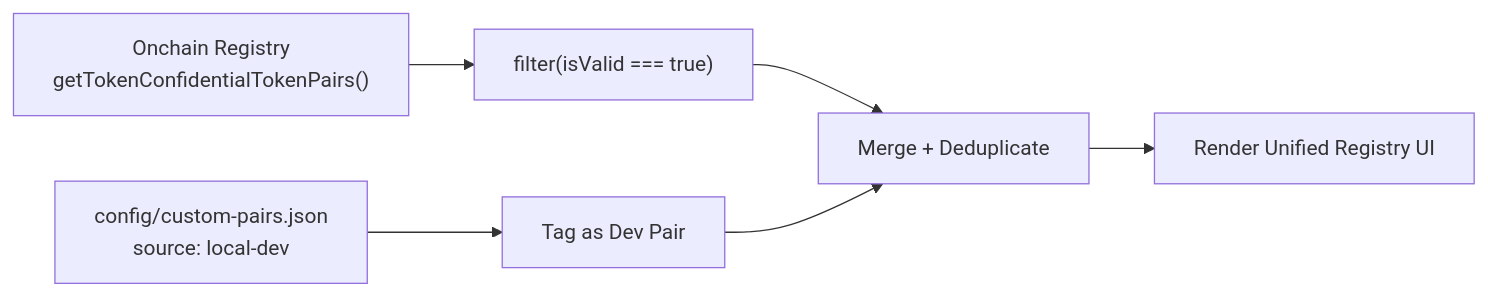
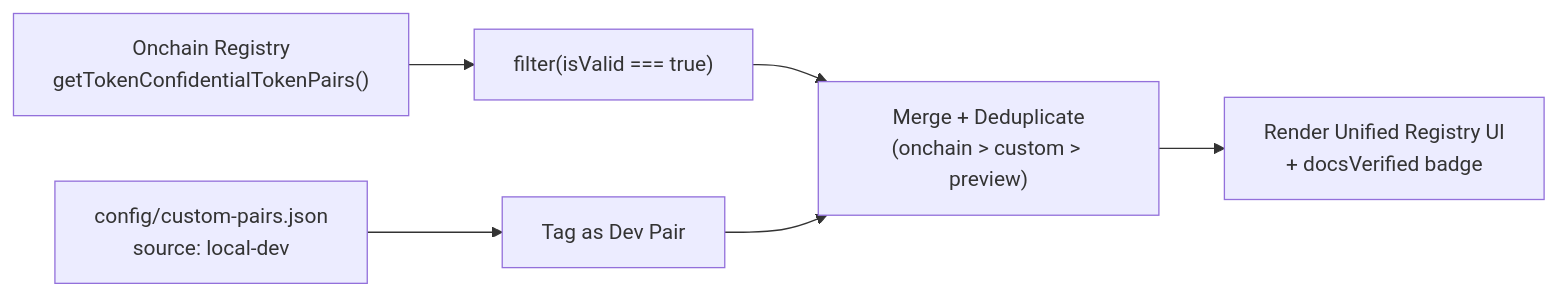
One commit to pramadanif/macetz changed the third of 6 diagrams in README.md. Above: the diagram before and after it, drawn with Mermaid. The commit also changed other lines of this file and 3 other files, not shown here.

````diff
--- a/README.md
+++ b/README.md
@@ -328,8 +348,8 @@
 ```mermaid
 flowchart LR
     A["Onchain Registry\ngetTokenConfidentialTokenPairs()"] --> C["filter(isValid === true)"]
     B["config/custom-pairs.json\nsource: local-dev"] --> D["Tag as Dev Pair"]
-    C --> E["Merge + Deduplicate"]
+    C --> E["Merge + Deduplicate\n(onchain > custom > preview)"]
     D --> E
-    E --> F["Render Unified Registry UI"]
+    E --> F["Render Unified Registry UI\n+ docsVerified badge"]
 ```
````
